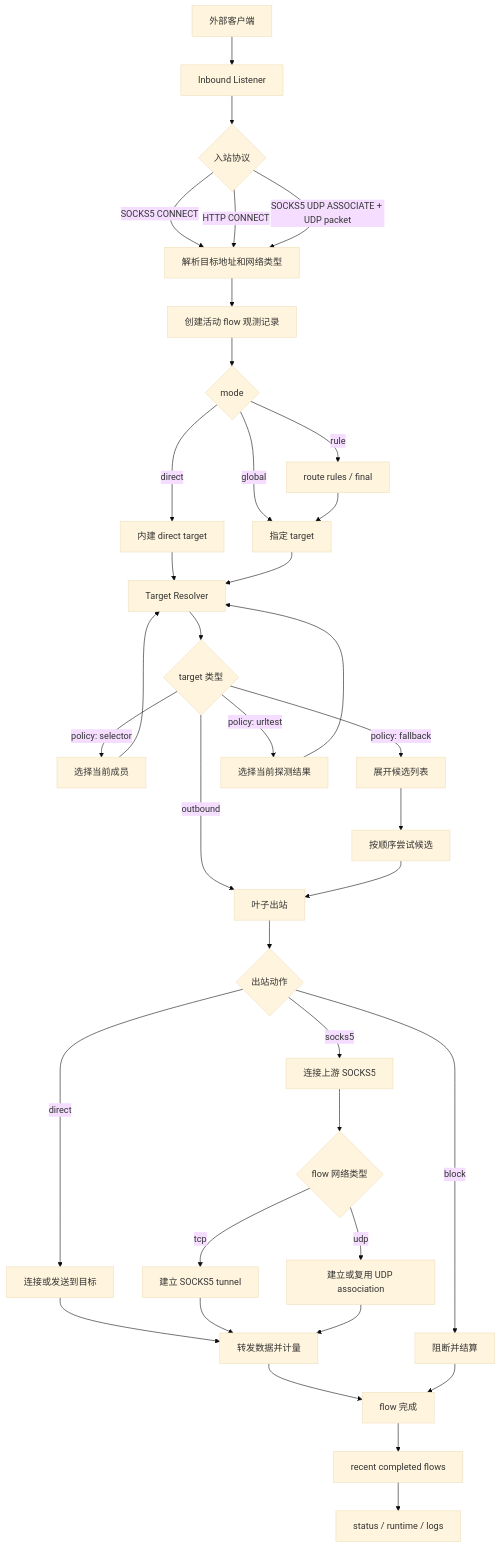
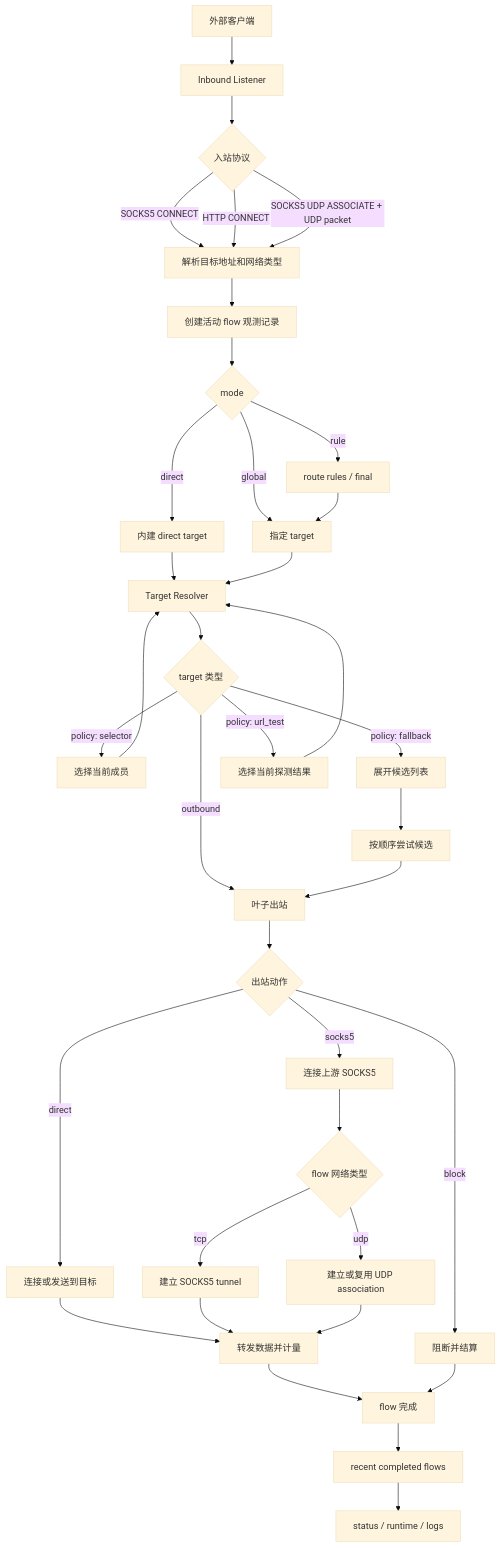
Before and after one commit to zerodenet/zero: the diagram in docs/project/lifecycle.md, drawn with Mermaid (base theme). The commit also changed other lines of this file and 35 other files, not shown here.

````diff
--- a/docs/project/lifecycle.md
+++ b/docs/project/lifecycle.md
@@ -20,43 +20,43 @@
 ```mermaid
 flowchart TD
     A[外部客户端] --> B[Inbound Listener]
     B --> C{入站协议}
     C -->|SOCKS5 CONNECT| D[解析目标地址和网络类型]
     C -->|HTTP CONNECT| D
     C -->|SOCKS5 UDP ASSOCIATE + UDP packet| D
 
     D --> G[创建活动 flow 观测记录]
     G --> H{mode}
     H -->|direct| I[内建 direct target]
     H -->|global| J[指定 target]
     H -->|rule| K[route rules / final]
     K --> J
 
     I --> L[Target Resolver]
     J --> L
     L --> M{target 类型}
     M -->|outbound| N[叶子出站]
     M -->|policy: selector| O[选择当前成员]
     M -->|policy: fallback| P[展开候选列表]
-    M -->|policy: urltest| Q[选择当前探测结果]
+    M -->|policy: url_test| Q[选择当前探测结果]
     O --> L
     Q --> L
     P --> R[按顺序尝试候选]
     R --> N
 
     N --> S{出站动作}
     S -->|direct| T[连接或发送到目标]
     S -->|block| U[阻断并结算]
     S -->|socks5| V[连接上游 SOCKS5]
     V --> W{flow 网络类型}
     W -->|tcp| X[建立 SOCKS5 tunnel]
     W -->|udp| Y[建立或复用 UDP association]
 
     T --> Z[转发数据并计量]
     X --> Z
     Y --> Z
     Z --> AA[flow 完成]
     U --> AA
     AA --> AB[recent completed flows]
     AB --> AC[status / runtime / logs]
 ```
````
